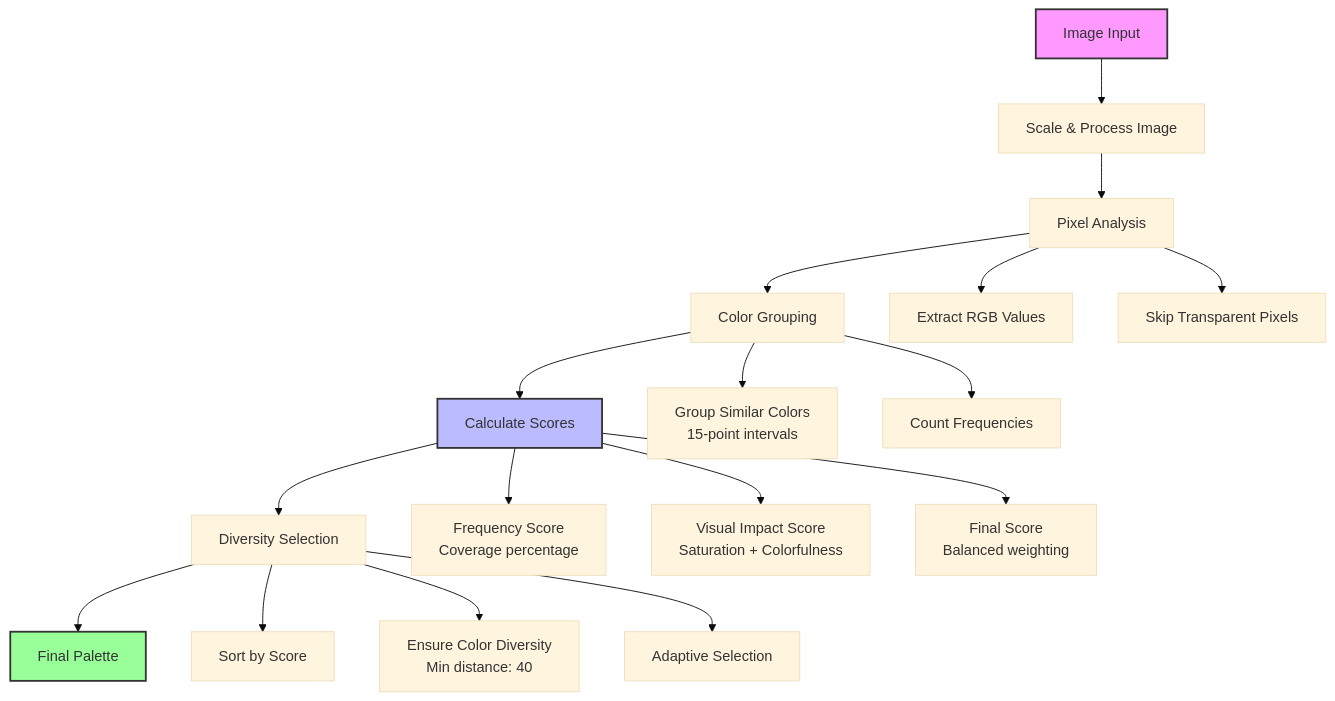
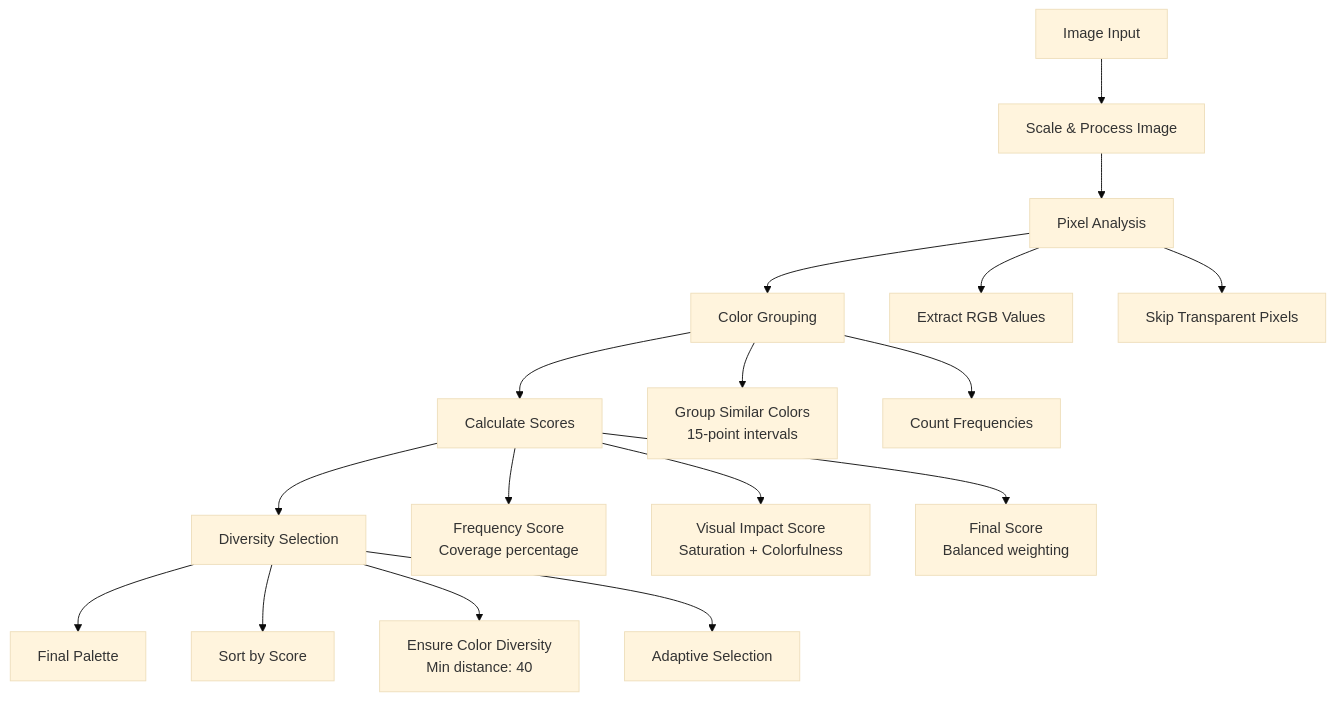
The diagram in README.md (srummanf/color-palette), drawn with Mermaid (base theme) before and after one commit.

Commit message:
`Removed unused styles and comments from README.md`

````diff
--- a/README.md
+++ b/README.md
@@ -22,27 +22,23 @@
 ```mermaid
 flowchart TD
     A[Image Input] --> B[Scale & Process Image]
     B --> C[Pixel Analysis]
     C --> D[Color Grouping]
     D --> E[Calculate Scores]
     E --> F[Diversity Selection]
     F --> G[Final Palette]
 
     C --> C1[Extract RGB Values]
     C --> C2[Skip Transparent Pixels]
   
     D --> D1[Group Similar Colors<br/>15-point intervals]
     D --> D2[Count Frequencies]
   
     E --> E1[Frequency Score<br/>Coverage percentage]
     E --> E2[Visual Impact Score<br/>Saturation + Colorfulness]
     E --> E3[Final Score<br/>Balanced weighting]
   
     F --> F1[Sort by Score]
     F --> F2[Ensure Color Diversity<br/>Min distance: 40]
     F --> F3[Adaptive Selection]
-
-    style A fill:#f9f,stroke:#333,stroke-width:2px
-    style G fill:#9f9,stroke:#333,stroke-width:2px
-    style E fill:#bbf,stroke:#333,stroke-width:2px
 ```
````
